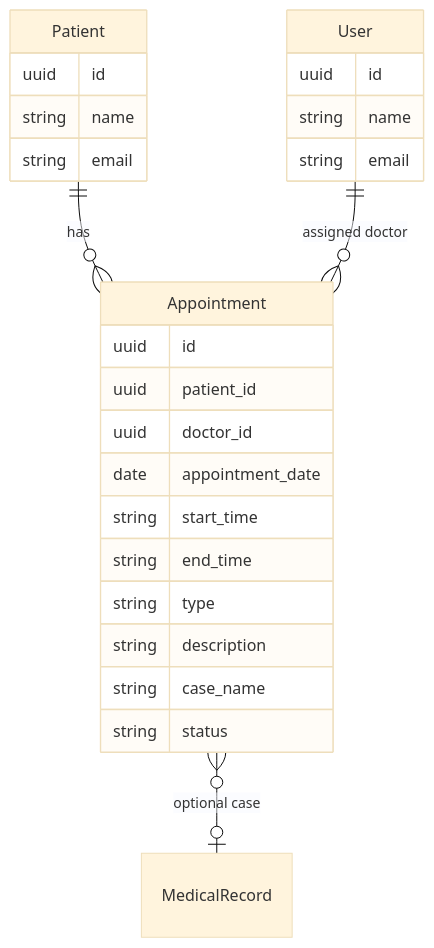
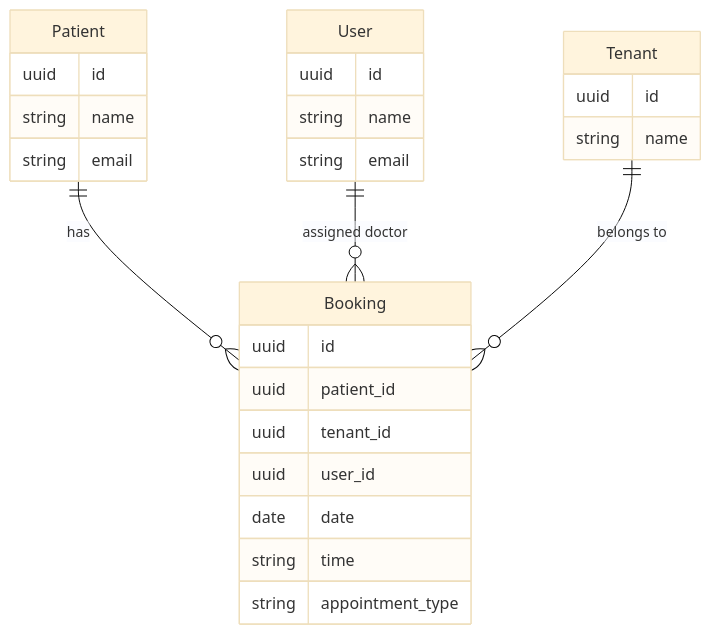
The diagram in docs/api/booking-api-contract.md (MustafaFares445/hakeem), drawn with Mermaid (base theme) before and after one commit. The commit also changed other lines of this file and 83 other files, not shown here.

````diff
--- a/docs/api/booking-api-contract.md
+++ b/docs/api/booking-api-contract.md
@@ -36,28 +36,29 @@
 ```mermaid
 erDiagram
-    Patient ||--o{ Appointment : has
-    User ||--o{ Appointment : "assigned doctor"
-    Appointment }o--o| MedicalRecord : "optional case"
+    Patient ||--o{ Booking : has
+    User ||--o{ Booking : "assigned doctor"
+    Tenant ||--o{ Booking : "belongs to"
     Patient {
         uuid id
         string name
         string email
     }
     User {
         uuid id
         string name
         string email
     }
-    Appointment {
+    Tenant {
+        uuid id
+        string name
+    }
+    Booking {
         uuid id
         uuid patient_id
-        uuid doctor_id
-        date appointment_date
-        string start_time
-        string end_time
-        string type
-        string description
-        string case_name
-        string status
+        uuid tenant_id
+        uuid user_id
+        date date
+        string time
+        string appointment_type
     }
 ```
````
